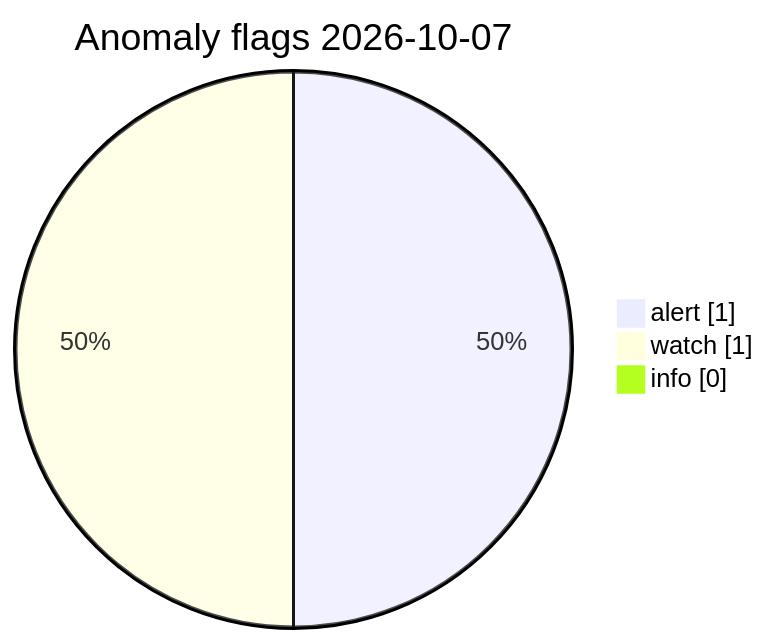
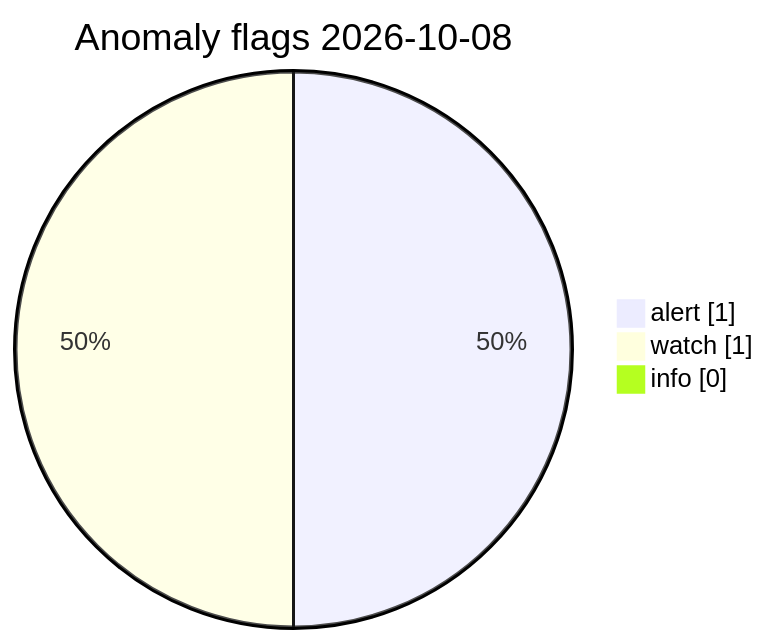
Before and after one commit to Midwest-Stratospheric/Unified-Open-Global-Weather: the diagram in visuals/latest/CHARTS.md, drawn with Mermaid. The commit also changed other lines of this file and 11 other files, not shown here.

Commit message:
data(visuals): automated charts 2026-10-08T13:35Z

````diff
--- a/visuals/latest/CHARTS.md
+++ b/visuals/latest/CHARTS.md
@@ -73,7 +73,7 @@
 ```mermaid
 pie showData
-  title Anomaly flags 2026-10-07
+  title Anomaly flags 2026-10-08
   "alert" : 1
   "watch" : 1
   "info" : 0
 ```
````
